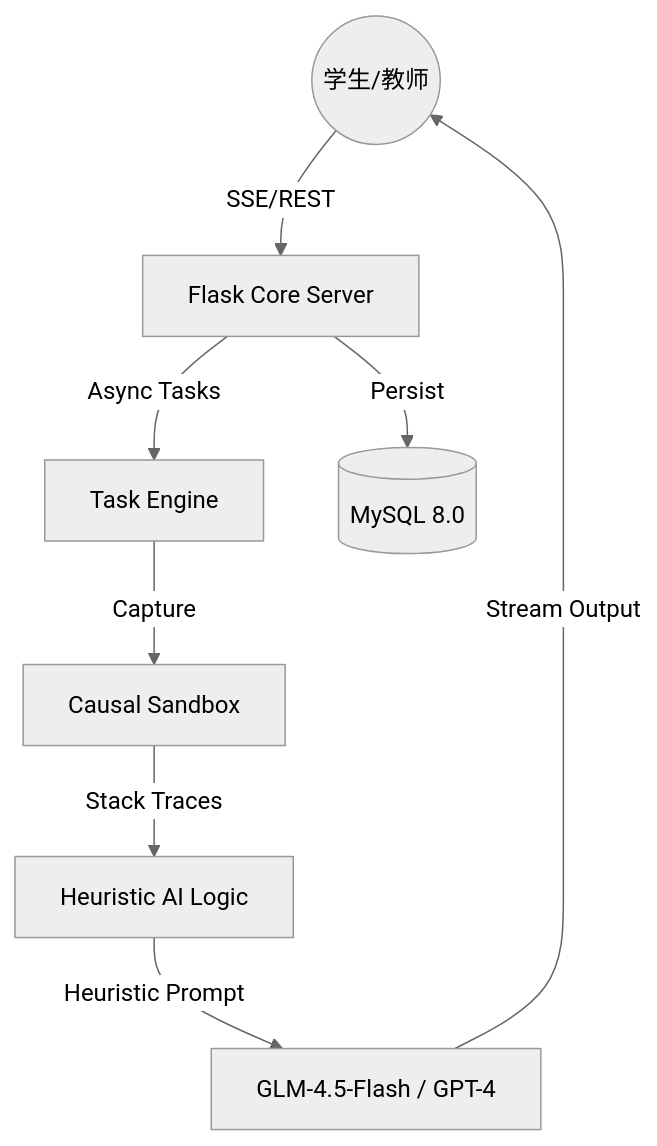
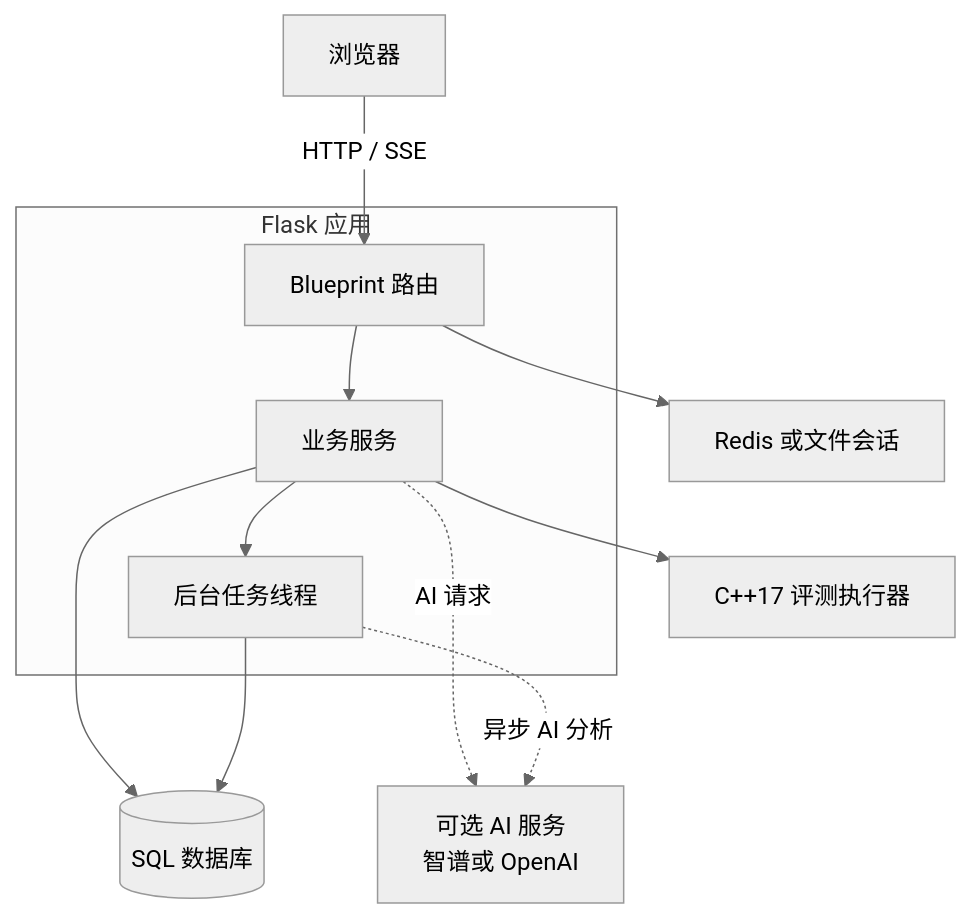
One commit to Swan1127/CodeSense changed the third of 4 diagrams in README.md. Above: the diagram before and after it, drawn with Mermaid (neutral theme). The commit also changed other lines of this file and 2 other files, not shown here.

````diff
--- a/README.md
+++ b/README.md
@@ -69,10 +119,25 @@
 ```mermaid
-graph TD
-    User((学生/教师)) -->|SSE/REST| Web[Flask Core Server]
-    Web -->|Async Tasks| Queue[Task Engine]
-    Queue -->|Capture| Sandbox[Causal Sandbox]
-    Sandbox -->|Stack Traces| AI[Heuristic AI Logic]
-    AI -->|Heuristic Prompt| LLM[GLM-4.5-Flash / GPT-4]
-    LLM -->|Stream Output| User
-    Web -->|Persist| DB[(MySQL 8.0)]
+flowchart TB
+    Browser[浏览器]
+
+    subgraph Server[Flask 应用]
+        Routes[Blueprint 路由]
+        Services[业务服务]
+        Tasks[后台任务线程]
+        Routes --> Services
+        Services --> Tasks
+    end
+
+    DB[(SQL 数据库)]
+    Sandbox[C++17 评测执行器]
+    LLM[可选 AI 服务<br/>智谱或 OpenAI]
+    Session[Redis 或文件会话]
+
+    Browser -->|HTTP / SSE| Routes
+    Services --> DB
+    Services --> Sandbox
+    Services -. AI 请求 .-> LLM
+    Tasks --> DB
+    Tasks -. 异步 AI 分析 .-> LLM
+    Routes --> Session
 ```
````
